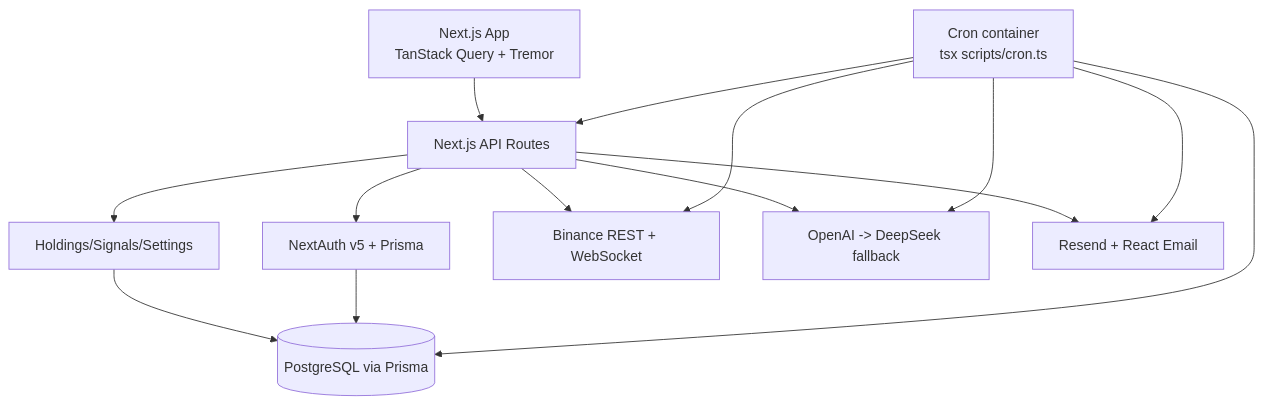
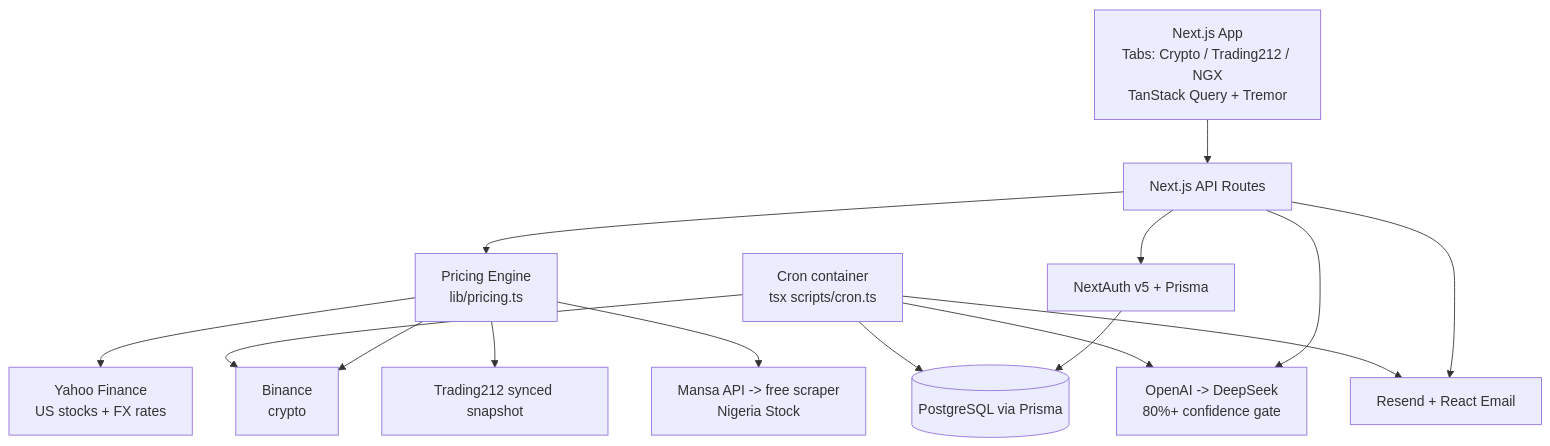
Before and after one commit to bhoyee/ApexPulse: the diagram in docs/ARCHITECTURE.md, drawn with Mermaid. The commit also changed other lines of this file and 13 other files, not shown here.

````diff
--- a/docs/ARCHITECTURE.md
+++ b/docs/ARCHITECTURE.md
@@ -3,16 +11,17 @@
 ```mermaid
 flowchart TD
-    Browser[Next.js App<br/>TanStack Query + Tremor] --> API[Next.js API Routes]
+    Browser[Next.js App<br/>Tabs: Crypto / Trading212 / NGX<br/>TanStack Query + Tremor] --> API[Next.js API Routes]
     API --> Auth[NextAuth v5 + Prisma]
-    API --> Holdings[Holdings/Signals/Settings]
-    API --> Binance[Binance REST + WebSocket]
-    API --> AI[OpenAI -> DeepSeek fallback]
+    API --> Pricing[Pricing Engine<br/>lib/pricing.ts]
+    API --> AI[OpenAI -> DeepSeek<br/>80%+ confidence gate]
     API --> Email[Resend + React Email]
-    Holdings --> DB[(PostgreSQL via Prisma)]
-    Auth --> DB
-    Cron[Cron container<br/>tsx scripts/cron.ts] --> API
-    Cron --> Binance
+    Pricing --> Binance[Binance<br/>crypto]
+    Pricing --> Yahoo[Yahoo Finance<br/>US stocks + FX rates]
+    Pricing --> T212[Trading212 synced snapshot]
+    Pricing --> NGX[Mansa API -> free scraper<br/>Nigeria Stock]
+    Auth --> DB[(PostgreSQL via Prisma)]
+    Cron[Cron container<br/>tsx scripts/cron.ts] --> Binance
     Cron --> AI
     Cron --> Email
     Cron --> DB
 ```
````
